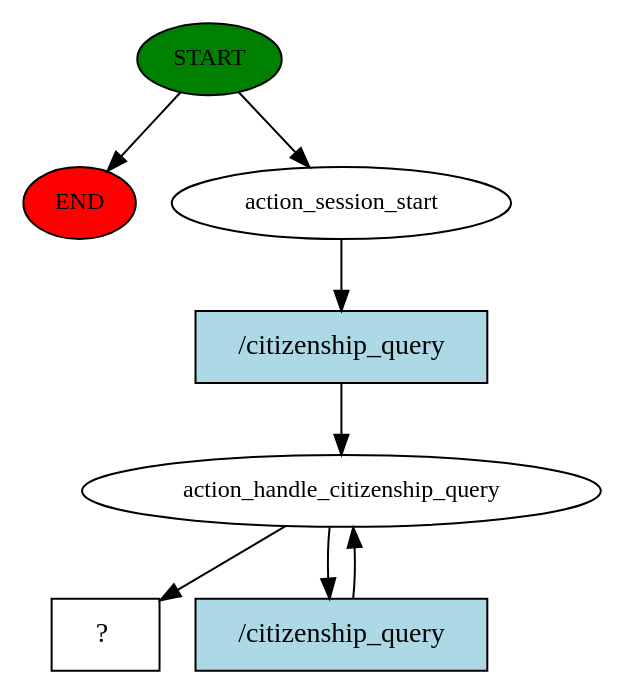
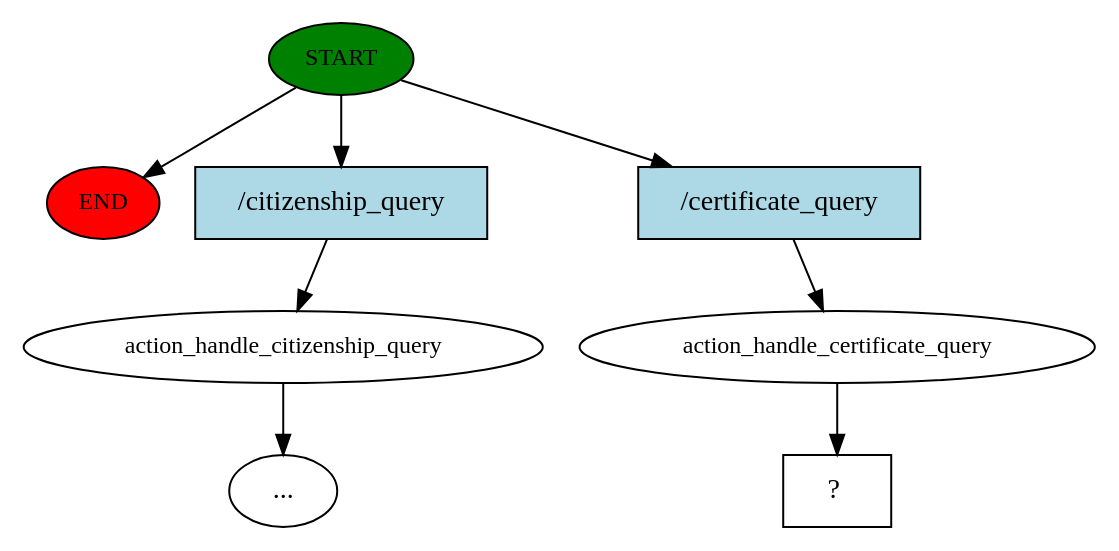
The diagram in story_graph.dot (PiyushLuitel-07/Samadhan-A-Local-Government-Service-QueryBot), drawn with Graphviz before and after one commit. The commit also changed 546 other files, not shown here.

```diff
--- a/story_graph.dot
+++ b/story_graph.dot
@@ -1,16 +1,17 @@
 digraph  {
 0 [class="start active", fillcolor=green, fontsize=12, label=START, style=filled];
 "-1" [class=end, fillcolor=red, fontsize=12, label=END, style=filled];
-1 [class=active, fontsize=12, label=action_session_start];
-2 [class=active, fontsize=12, label=action_handle_citizenship_query];
-6 [class="intent dashed active", label="  ?  ", shape=rect];
-7 [class="intent active", fillcolor=lightblue, label="/citizenship_query", shape=rect, style=filled];
-8 [class="intent active", fillcolor=lightblue, label="/citizenship_query", shape=rect, style=filled];
+1 [class="", fontsize=12, label=action_handle_citizenship_query];
+"-4" [class=ellipsis, label="..."];
+3 [class=active, fontsize=12, label=action_handle_certificate_query];
+4 [class="intent dashed active", label="  ?  ", shape=rect];
+5 [class=intent, fillcolor=lightblue, label="/citizenship_query", shape=rect, style=filled];
+6 [class="intent active", fillcolor=lightblue, label="/certificate_query", shape=rect, style=filled];
 0 -> "-1"  [class="", key=NONE, label=""];
-0 -> 1  [class=active, key=NONE, label=""];
-1 -> 7  [class=active, key=0];
-2 -> 6  [class=active, key=NONE, label=""];
-2 -> 8  [class=active, key=0];
-7 -> 2  [class=active, key=0];
-8 -> 2  [class=active, key=0];
+0 -> 5  [class="", key=0];
+0 -> 6  [class=active, key=0];
+1 -> "-4"  [class="", key=NONE, label=""];
+3 -> 4  [class=active, key=NONE, label=""];
+5 -> 1  [class="", key=0];
+6 -> 3  [class=active, key=0];
 }
```
